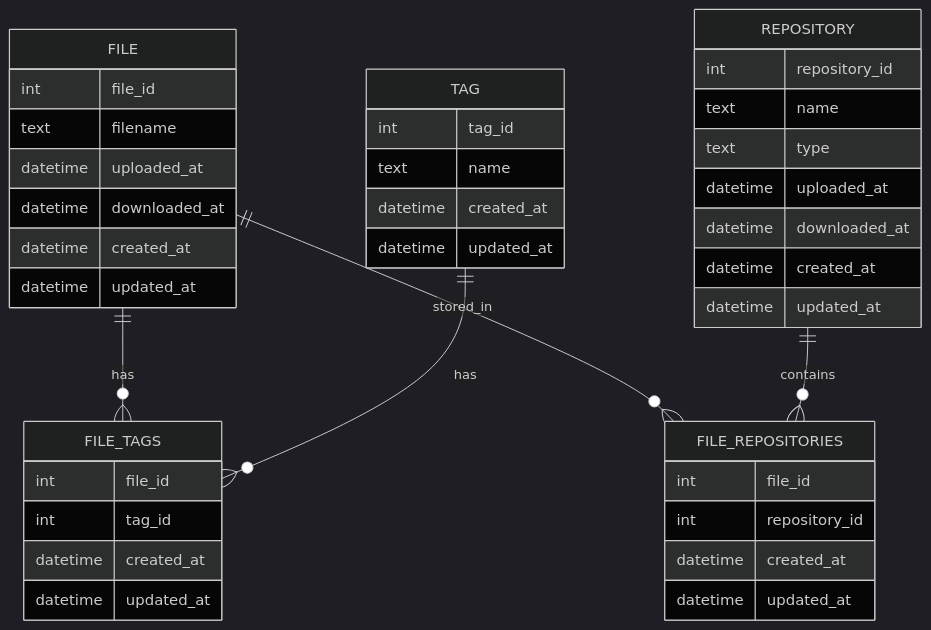
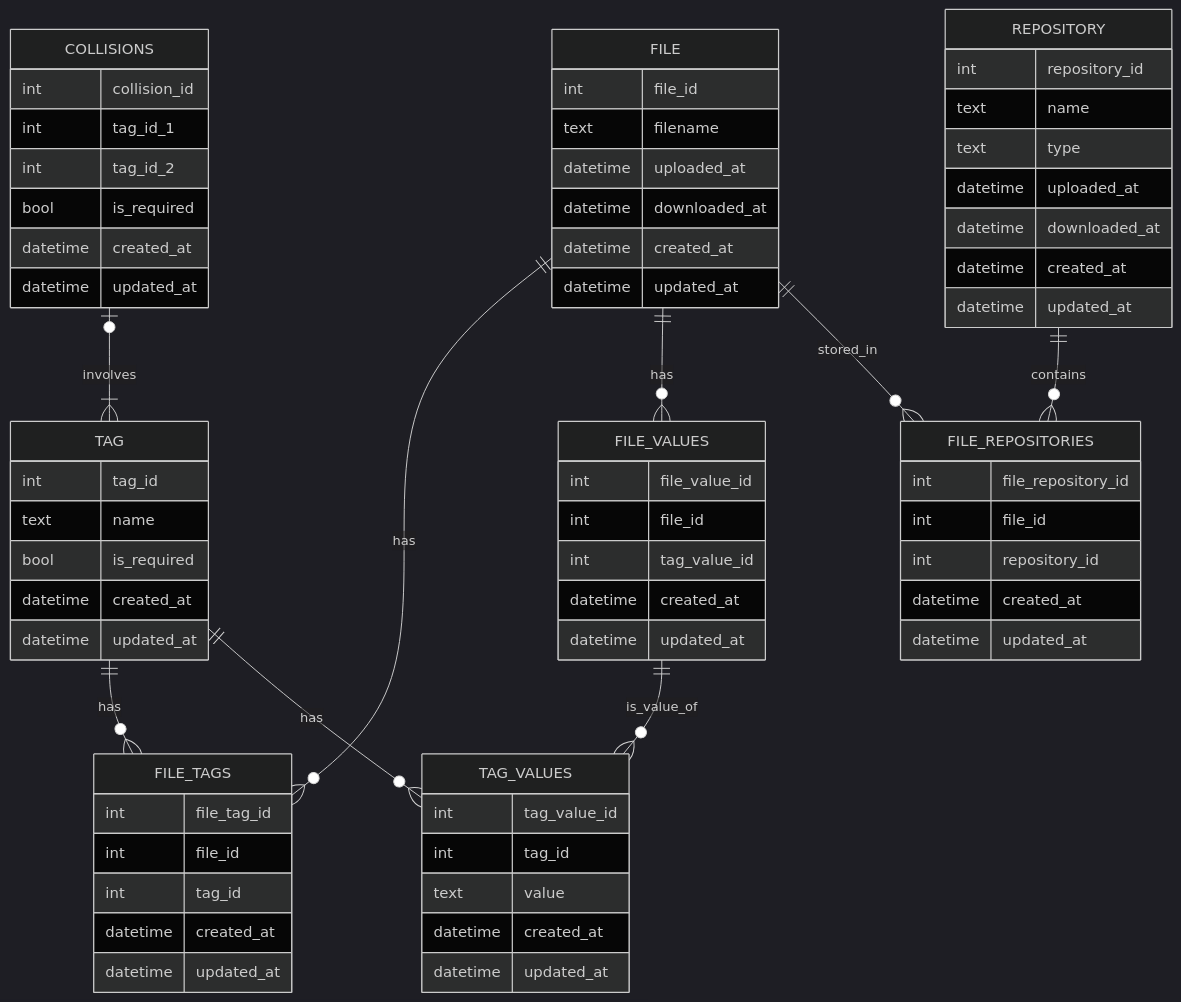
One commit to sorrtory/freebooru changed the diagram in docs/database.md. Above: the diagram before and after it, drawn with Mermaid (dark theme). The commit also changed 6 other files, not shown here.

````diff
--- a/docs/database.md
+++ b/docs/database.md
@@ -24,5 +24,6 @@
 ```mermaid
 erDiagram
+    %% Current FILE
     FILE {
         int file_id
         %% --
@@ -34,15 +35,64 @@
         datetime updated_at
     }
 
-    TAG {
-        int tag_id
+    %% mb divide to tag required and tag conficting
+    COLLISIONS {
+        int collision_id
         %% --
-        text name
+        int tag_id_1
+        int tag_id_2
+        %% false - conflicting, true - required
+        bool is_required
         %% --
         datetime created_at
         datetime updated_at
     }
 
+    %% Allowed TAG
+    TAG {
+        int tag_id
+        %% --
+        text name
+        bool is_required
+        %% --
+        datetime created_at
+        datetime updated_at
+    }
+
+    %% Alowed VALUES for every TAG (may be 0/1/N)
+    TAG_VALUES {
+        int tag_value_id
+        %% --
+        int tag_id
+        text value
+        %% --
+        datetime created_at
+        datetime updated_at
+    }
+
+    %% Current VALUE for a FILE
+    FILE_VALUES {
+        int file_value_id
+        %% --
+        int file_id
+        int tag_value_id
+        %% --
+        datetime created_at
+        datetime updated_at
+    }
+
+    %% Current TAG for a FILE
+    FILE_TAGS {
+        int file_tag_id
+        %% --
+        int file_id
+        int tag_id
+        %% --
+        datetime created_at
+        datetime updated_at
+    }
+
+    %% Alowed Storage providers
     REPOSITORY {
         int repository_id
         %% --
@@ -56,15 +106,10 @@
         datetime updated_at
     }
 
-    FILE_TAGS {
-        int file_id
-        int tag_id
+    %% Current STORAGE for FILE
+    FILE_REPOSITORIES {
+        int file_repository_id
         %% --
-        datetime created_at
-        datetime updated_at
-    }
-
-    FILE_REPOSITORIES {
         int file_id
         int repository_id
         %% --
@@ -73,8 +118,17 @@
     }
 
     FILE ||--o{ FILE_TAGS : has
+    FILE ||--o{ FILE_VALUES : has
+
     TAG ||--o{ FILE_TAGS : has
+    TAG ||--o{ TAG_VALUES : has
+
+    FILE_VALUES ||--o{ TAG_VALUES : is_value_of
 
     FILE ||--o{ FILE_REPOSITORIES : stored_in
     REPOSITORY ||--o{ FILE_REPOSITORIES : contains
+
+    COLLISIONS |o--|{ TAG : involves
+
+
 ```
````
